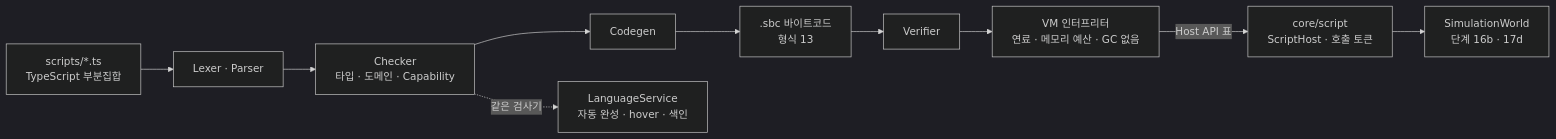
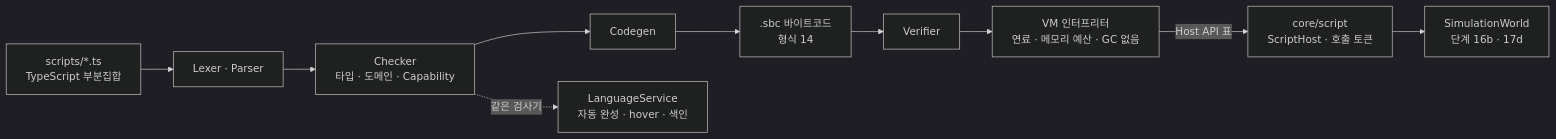
Before and after one commit to blackvrice/Sandbox: the third of 4 diagrams in docs/overview/MODULES.md, drawn with Mermaid (dark theme). The commit also changed 37 other files, not shown here.

````diff
--- a/docs/overview/MODULES.md
+++ b/docs/overview/MODULES.md
@@ -109,10 +109,10 @@
 ```mermaid
 graph LR
   TS[scripts/*.ts<br/>TypeScript 부분집합] --> Lex[Lexer · Parser]
   Lex --> Chk[Checker<br/>타입 · 도메인 · Capability]
-  Chk --> Gen[Codegen] --> Sbc[.sbc 바이트코드<br/>형식 13]
+  Chk --> Gen[Codegen] --> Sbc[.sbc 바이트코드<br/>형식 14]
   Sbc --> Ver[Verifier] --> VM[VM 인터프리터<br/>연료 · 메모리 예산 · GC 없음]
   VM -- Host API 표 --> Host[core/script<br/>ScriptHost · 호출 토큰]
   Host --> World[SimulationWorld<br/>단계 16b · 17d]
   Chk -. 같은 검사기 .-> LS[LanguageService<br/>자동 완성 · hover · 색인]
 ```
````
